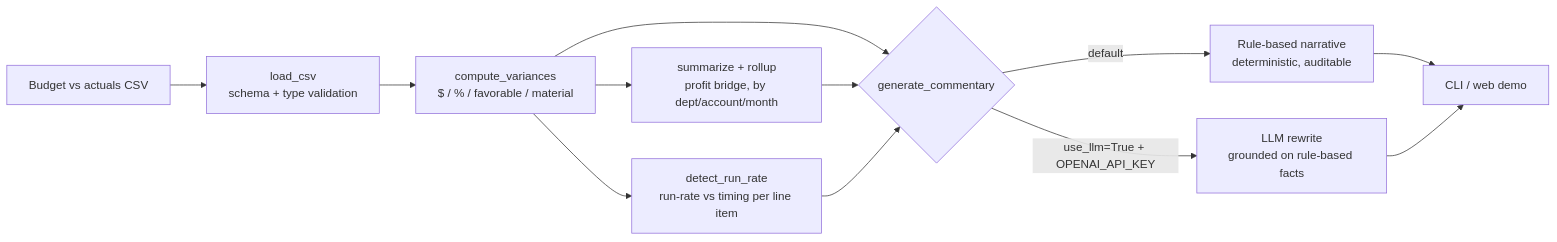
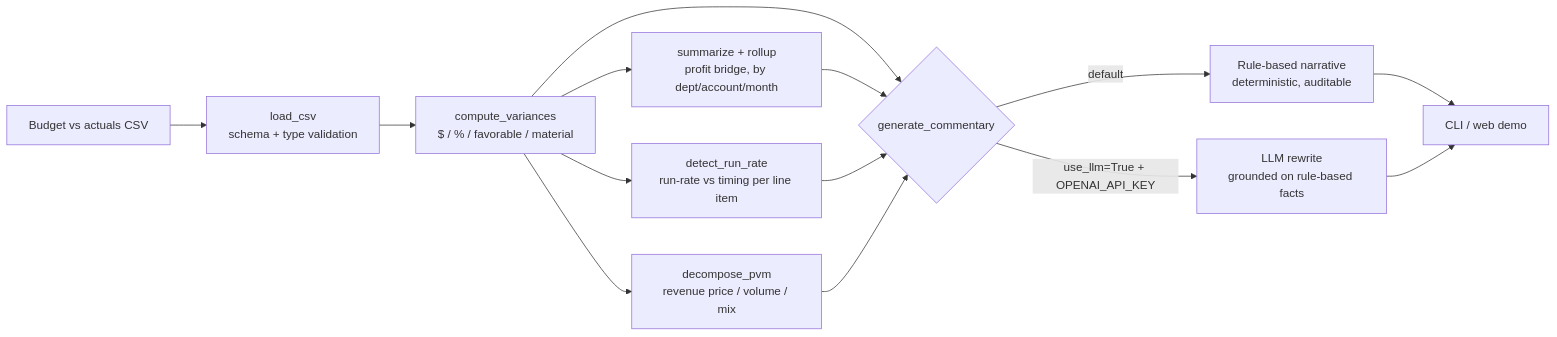
Before and after one commit to hrutishaa/ai-variance-analyst: the diagram in README.md, drawn with Mermaid. The commit also changed other lines of this file and 16 other files, not shown here.

First line of the commit message:
feat: revenue price / volume / mix decomposition (v0.3.0)

````diff
--- a/README.md
+++ b/README.md
@@ -21,14 +22,16 @@
 ```mermaid
 flowchart LR
     CSV[Budget vs actuals CSV] --> L[load_csv<br/>schema + type validation]
     L --> V[compute_variances<br/>$ / % / favorable / material]
     V --> S[summarize + rollup<br/>profit bridge, by dept/account/month]
     V --> RR[detect_run_rate<br/>run-rate vs timing per line item]
+    V --> PVM[decompose_pvm<br/>revenue price / volume / mix]
     V --> C{generate_commentary}
     S --> C
     RR --> C
+    PVM --> C
     C -->|default| R[Rule-based narrative<br/>deterministic, auditable]
     C -->|use_llm=True + OPENAI_API_KEY| LLM[LLM rewrite<br/>grounded on rule-based facts]
     R --> OUT[CLI / web demo]
     LLM --> OUT
 ```
````
